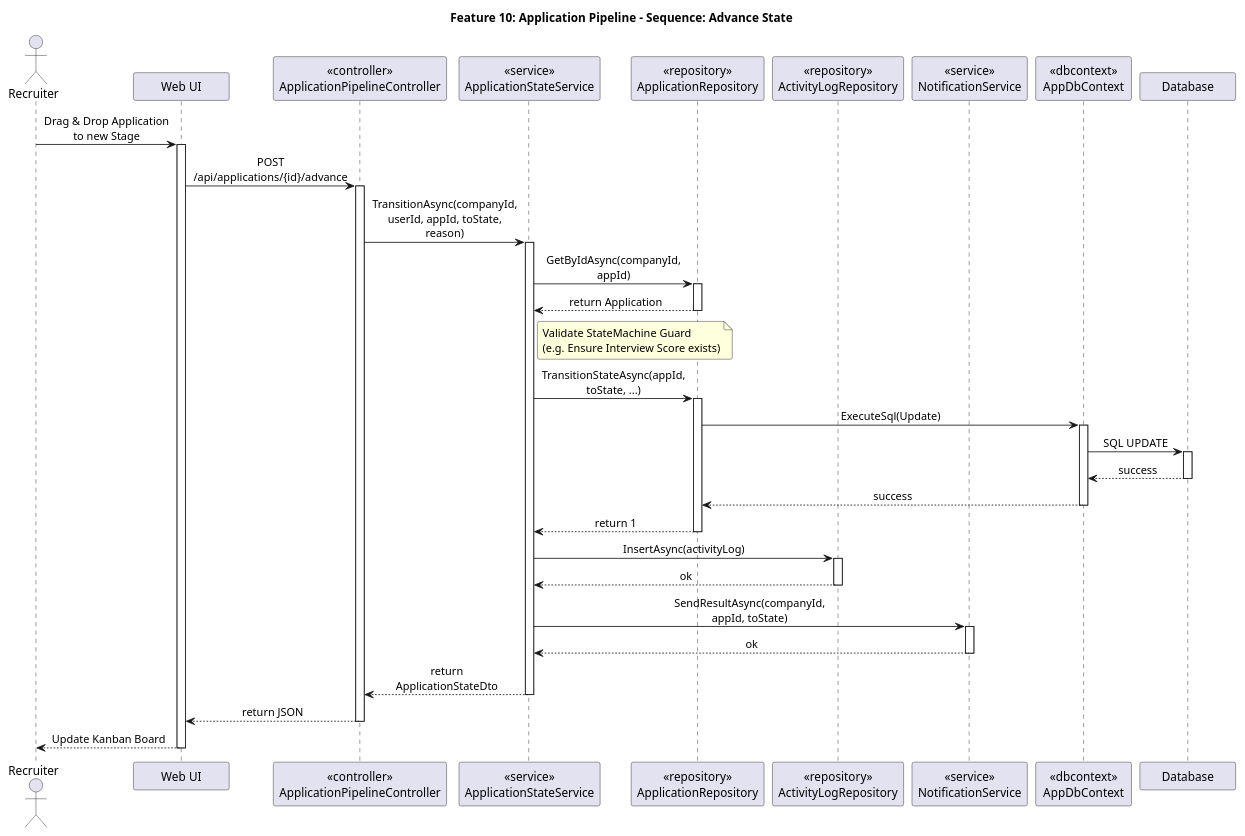
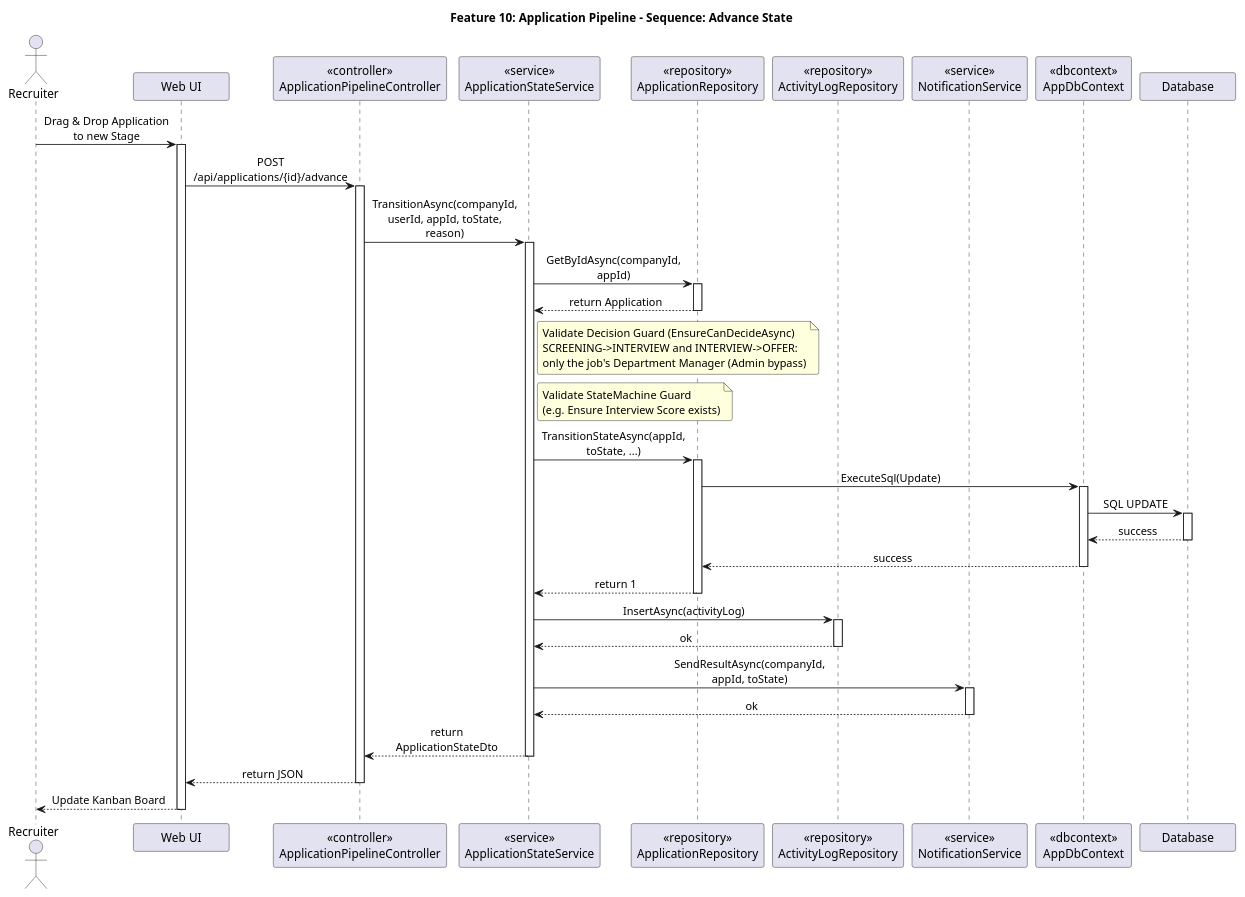
Before and after one commit to xXIOrehIXx/SRIS-Smart-Recruitment-and-Interview-System: the diagram in Development/backend/docs/features/feature10_seq_1.puml, drawn with PlantUML. The commit also changed 23 other files, not shown here.

First line of the commit message:
feat(pipeline): department manager approves candidates into interview

```diff
--- a/Development/backend/docs/features/feature10_seq_1.puml
+++ b/Development/backend/docs/features/feature10_seq_1.puml
@@ -1,66 +1,68 @@
 @startuml Feature10_Seq_1
 skinparam maxMessageSize 150
 skinparam sequenceMessageAlign center
 skinparam roundcorner 5
 skinparam minClassWidth 100
 
 title **Feature 10: Application Pipeline - Sequence: Advance State**
 
 actor Recruiter
 participant "Web UI" as UI
 participant "<<controller>>\nApplicationPipelineController" as Ctrl
 participant "<<service>>\nApplicationStateService" as Svc
 participant "<<repository>>\nApplicationRepository" as Repo
 participant "<<repository>>\nActivityLogRepository" as LogRepo
 participant "<<service>>\nNotificationService" as Notify
 participant "<<dbcontext>>\nAppDbContext" as DbContext
 participant "Database" as DB
 
 Recruiter -> UI: Drag & Drop Application to new Stage
 activate UI
 
 UI -> Ctrl: POST /api/applications/{id}/advance
 activate Ctrl
 
 Ctrl -> Svc: TransitionAsync(companyId, userId, appId, toState, reason)
 activate Svc
 
 Svc -> Repo: GetByIdAsync(companyId, appId)
 activate Repo
 Repo --> Svc: return Application
 deactivate Repo
+
+note right of Svc: Validate Decision Guard (EnsureCanDecideAsync)\nSCREENING->INTERVIEW and INTERVIEW->OFFER:\nonly the job's Department Manager (Admin bypass)
 
 note right of Svc: Validate StateMachine Guard\n(e.g. Ensure Interview Score exists)
 
 Svc -> Repo: TransitionStateAsync(appId, toState, ...)
 activate Repo
 Repo -> DbContext: ExecuteSql(Update)
 activate DbContext
 DbContext -> DB: SQL UPDATE
 activate DB
 DB --> DbContext: success
 deactivate DB
 DbContext --> Repo: success
 deactivate DbContext
 Repo --> Svc: return 1
 deactivate Repo
 
 Svc -> LogRepo: InsertAsync(activityLog)
 activate LogRepo
 LogRepo --> Svc: ok
 deactivate LogRepo
 
 Svc -> Notify: SendResultAsync(companyId, appId, toState)
 activate Notify
 Notify --> Svc: ok
 deactivate Notify
 
 Svc --> Ctrl: return ApplicationStateDto
 deactivate Svc
 
 Ctrl --> UI: return JSON
 deactivate Ctrl
 
 UI --> Recruiter: Update Kanban Board
 deactivate UI
 @enduml
```
